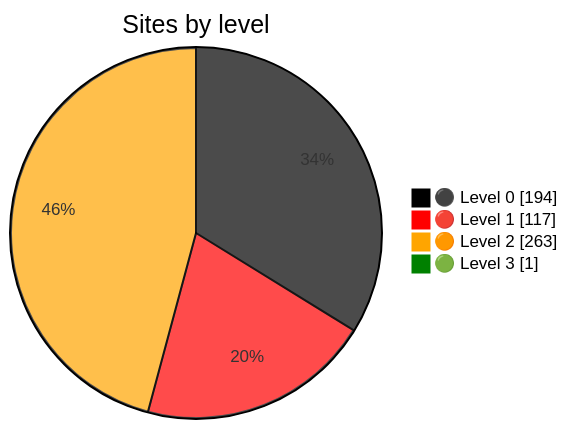
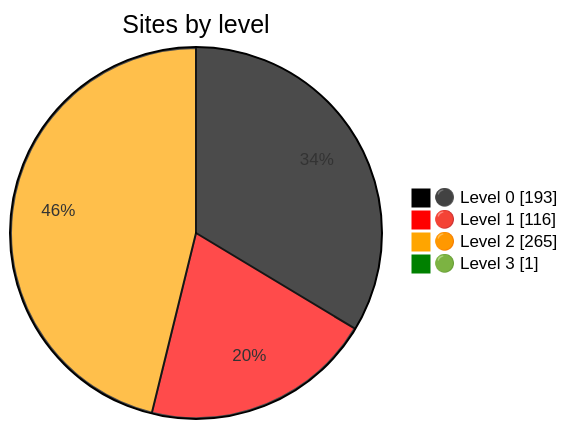
Before and after one commit to nuuuwan/gov_lk_web_auditor: the diagram in README.md, drawn with Mermaid. The commit also changed other lines of this file and 2582 other files, not shown here.

````diff
--- a/README.md
+++ b/README.md
@@ -24,9 +24,9 @@
 ```mermaid
 %%{init: {"themeVariables":{"pie1":"black","pie2":"red","pie3":"orange","pie4":"green"}}}%%
 pie showData
     title Sites by level
-    "⚫ Level 0" : 194
-    "🔴 Level 1" : 117
-    "🟠 Level 2" : 263
+    "⚫ Level 0" : 193
+    "🔴 Level 1" : 116
+    "🟠 Level 2" : 265
     "🟢 Level 3" : 1
 ```
````
